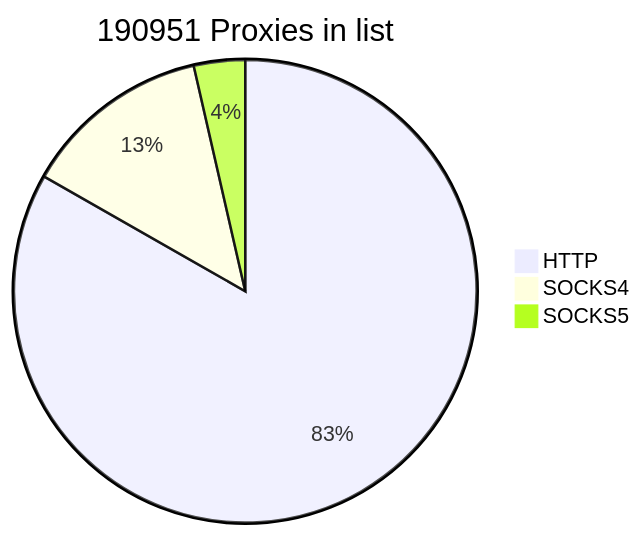
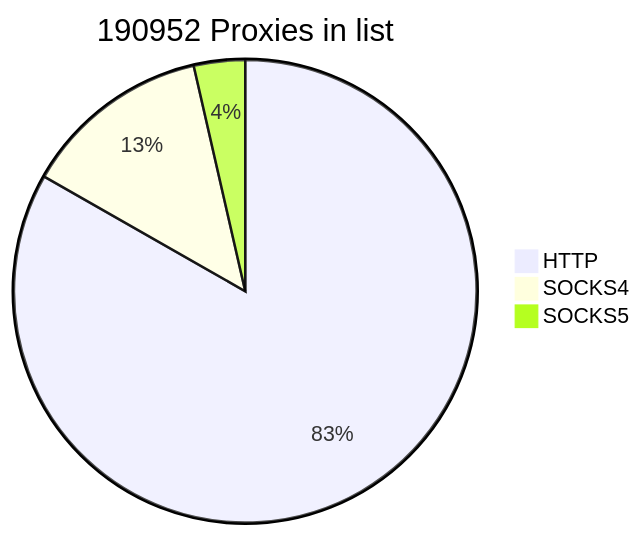
Before and after one commit to cutipu/proxylist: the first of 2 diagrams in README.md, drawn with Mermaid. The commit also changed other lines of this file, not shown here.

````diff
--- a/README.md
+++ b/README.md
@@ -2,7 +2,7 @@
 ```mermaid
-pie title 190951 Proxies in list
+pie title 190952 Proxies in list
     "HTTP" : 158963
-    "SOCKS4" : 25154
+    "SOCKS4" : 25155
     "SOCKS5" : 6834
             
 ```
````
